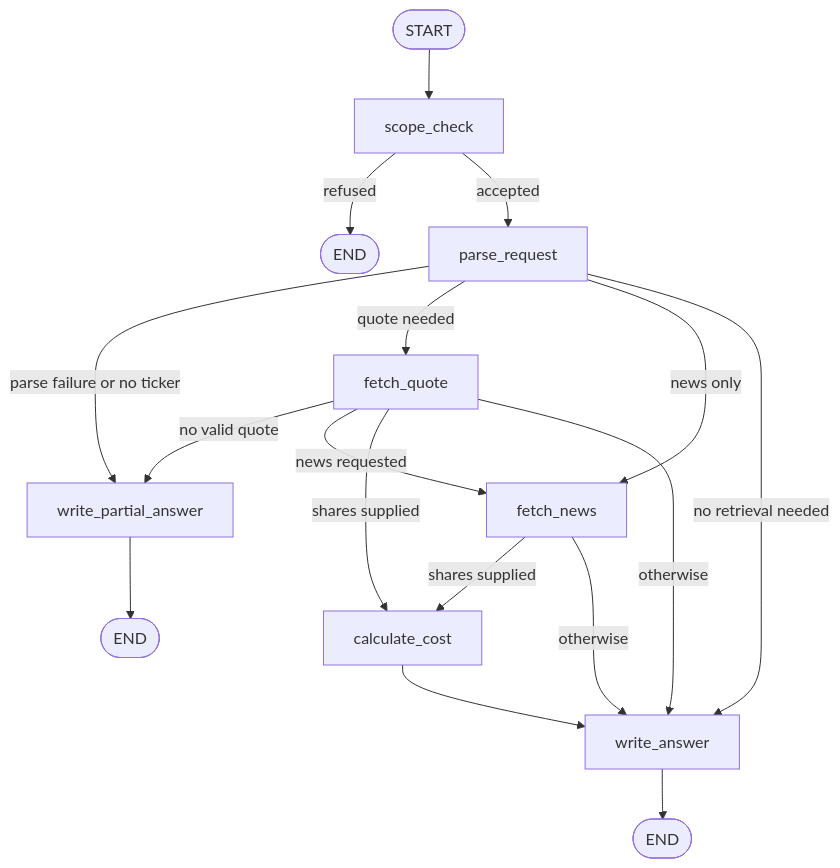
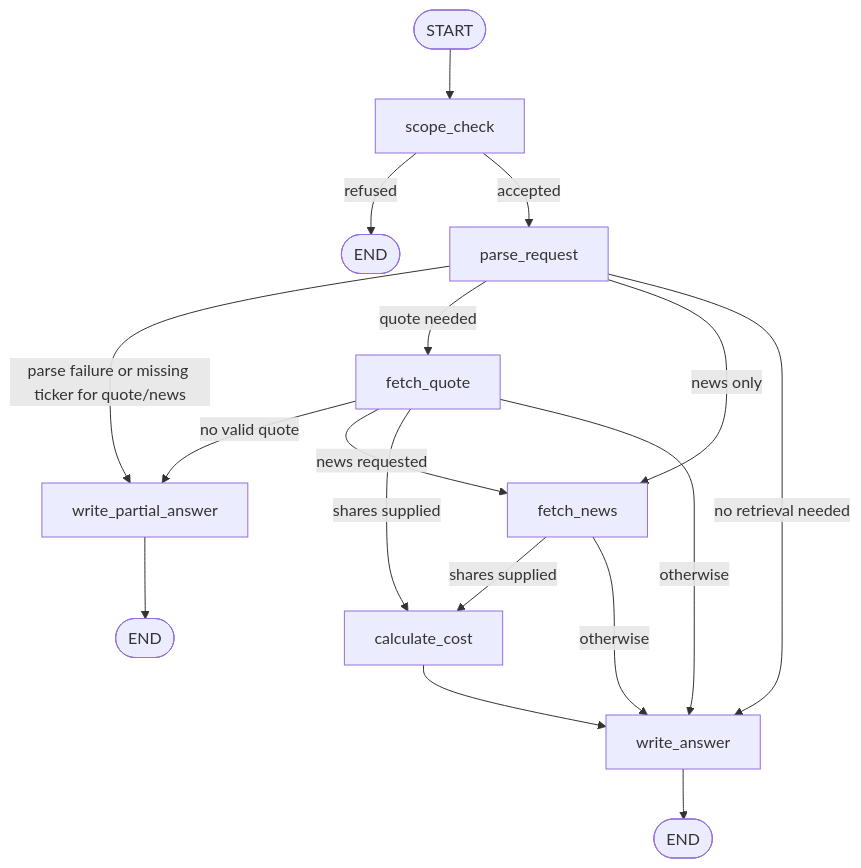
The diagram in README.md (Eugenetanwl3881/personal-market-research-agent), drawn with Mermaid before and after one commit. The commit also changed 10 other files, not shown here.

````diff
--- a/README.md
+++ b/README.md
@@ -40,22 +40,22 @@
 ```mermaid
 flowchart TD
     START([START]) --> S[scope_check]
     S -->|refused| END1([END])
     S -->|accepted| P[parse_request]
 
-    P -->|parse failure or no ticker| PA[write_partial_answer]
+    P -->|parse failure or missing ticker for quote/news| PA[write_partial_answer]
     P -->|quote needed| Q[fetch_quote]
     P -->|news only| N[fetch_news]
     P -->|no retrieval needed| A[write_answer]
 
     Q -->|no valid quote| PA
     Q -->|news requested| N
     Q -->|shares supplied| C[calculate_cost]
     Q -->|otherwise| A
 
     N -->|shares supplied| C
     N -->|otherwise| A
     C --> A
     PA --> END2([END])
     A --> END3([END])
 ```
````
